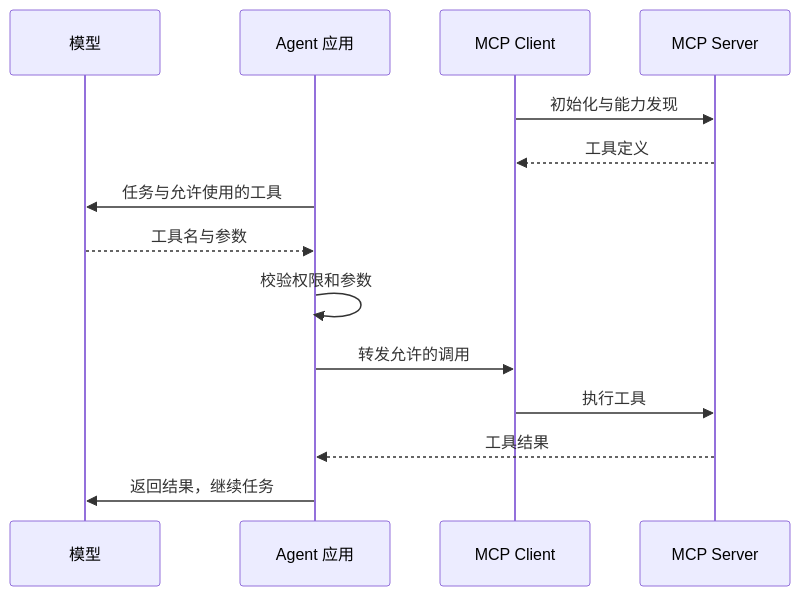
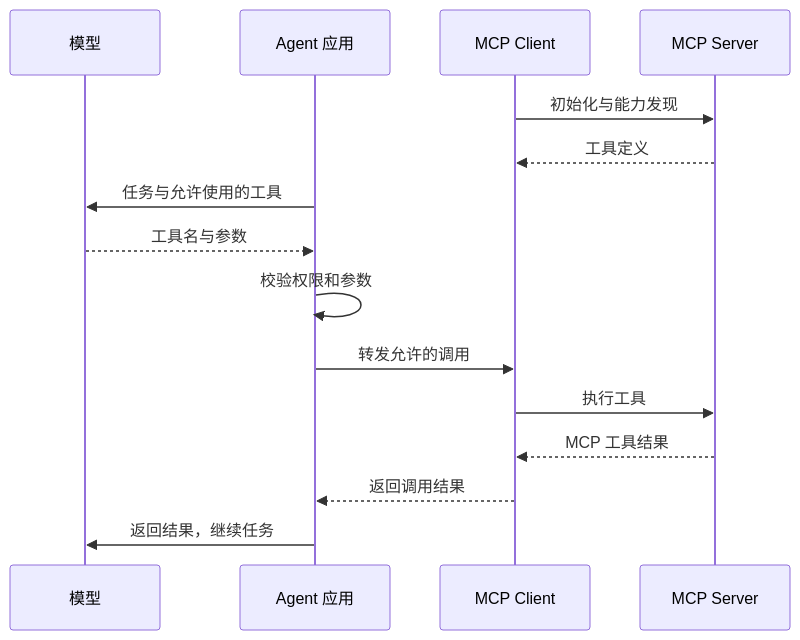
One commit to ALVIN-YANG/alvin-notes changed the diagram in src/content/docs/interview/agent/mcp-and-tools.mdx. Above: the diagram before and after it, drawn with Mermaid. The commit also changed other lines of this file and 115 other files, not shown here.

````diff
--- a/src/content/docs/interview/agent/mcp-and-tools.mdx
+++ b/src/content/docs/interview/agent/mcp-and-tools.mdx
@@ -24,16 +24,17 @@
 ```mermaid
 sequenceDiagram
   participant M as 模型
   participant H as Agent 应用
   participant C as MCP Client
   participant S as MCP Server
   C->>S: 初始化与能力发现
   S-->>C: 工具定义
   H->>M: 任务与允许使用的工具
   M-->>H: 工具名与参数
   H->>H: 校验权限和参数
   H->>C: 转发允许的调用
   C->>S: 执行工具
-  S-->>H: 工具结果
+  S-->>C: MCP 工具结果
+  C-->>H: 返回调用结果
   H->>M: 返回结果，继续任务
 ```
````
